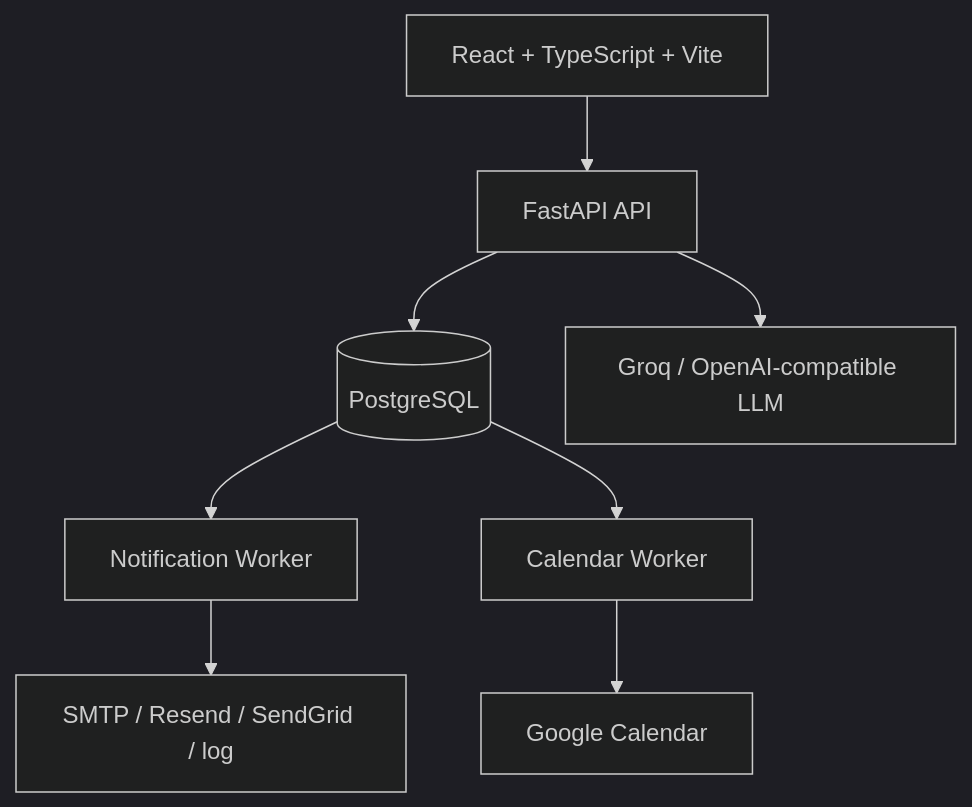
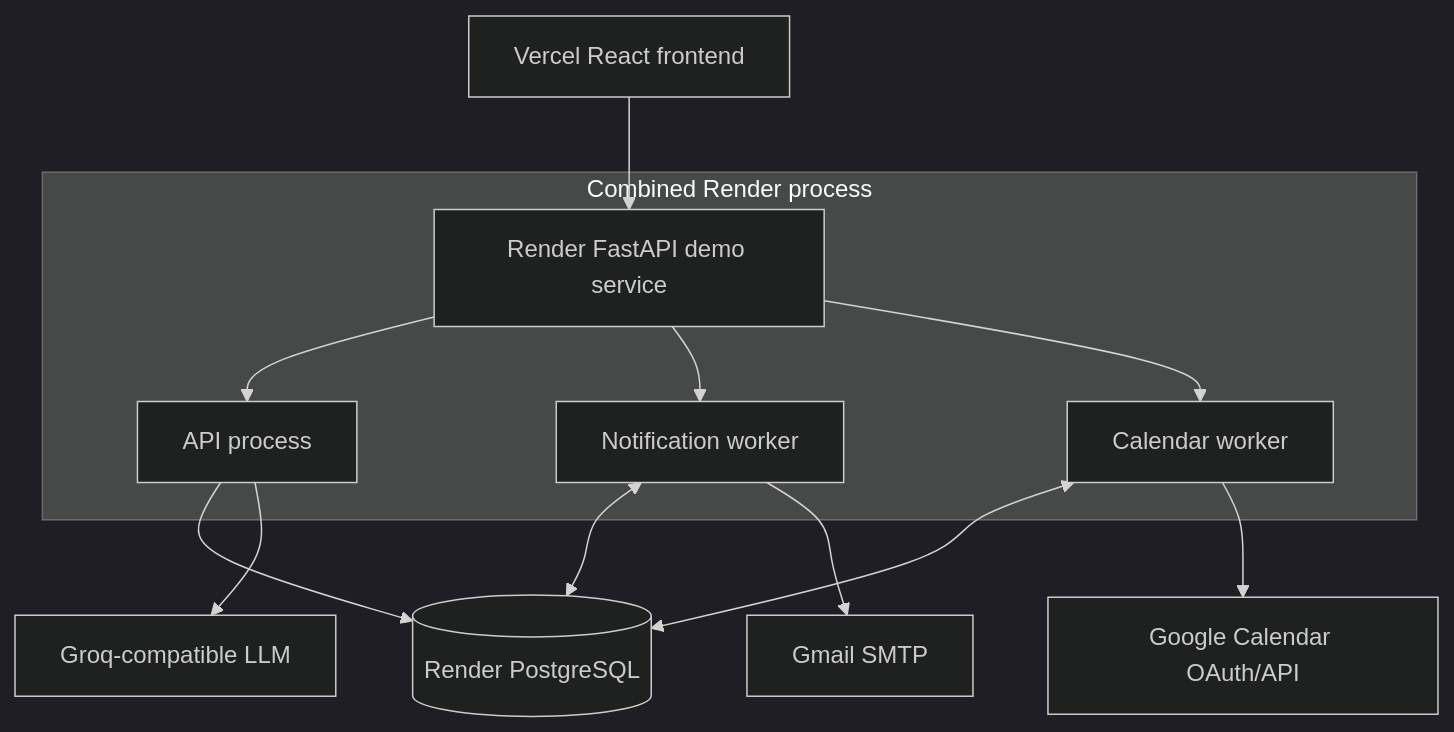
The first of 3 diagrams in README.md (vivekvattem/careloop), drawn with Mermaid (dark theme) before and after one commit. The commit also changed other lines of this file and 6 other files, not shown here.

````diff
--- a/README.md
+++ b/README.md
@@ -17,19 +51,15 @@
 ```mermaid
 flowchart TB
-    UI["React + TypeScript + Vite"]
-    API["FastAPI API"]
-    DB[("PostgreSQL")]
-    LLM["Groq / OpenAI-compatible LLM"]
-    NW["Notification Worker"]
-    CW["Calendar Worker"]
-    EMAIL["SMTP / Resend / SendGrid / log"]
-    GCAL["Google Calendar"]
-
-    UI --> API
-    API --> DB
-    API --> LLM
-    DB --> NW
-    DB --> CW
-    NW --> EMAIL
-    CW --> GCAL
+    Web["Vercel React frontend"] --> API["Render FastAPI demo service"]
+    subgraph Demo["Combined Render process"]
+        API --> App["API process"]
+        API --> NW["Notification worker"]
+        API --> CW["Calendar worker"]
+    end
+    App --> DB[("Render PostgreSQL")]
+    NW <--> DB
+    CW <--> DB
+    App --> LLM["Groq-compatible LLM"]
+    NW --> SMTP["Gmail SMTP"]
+    CW --> GCal["Google Calendar OAuth/API"]
 ```
````
